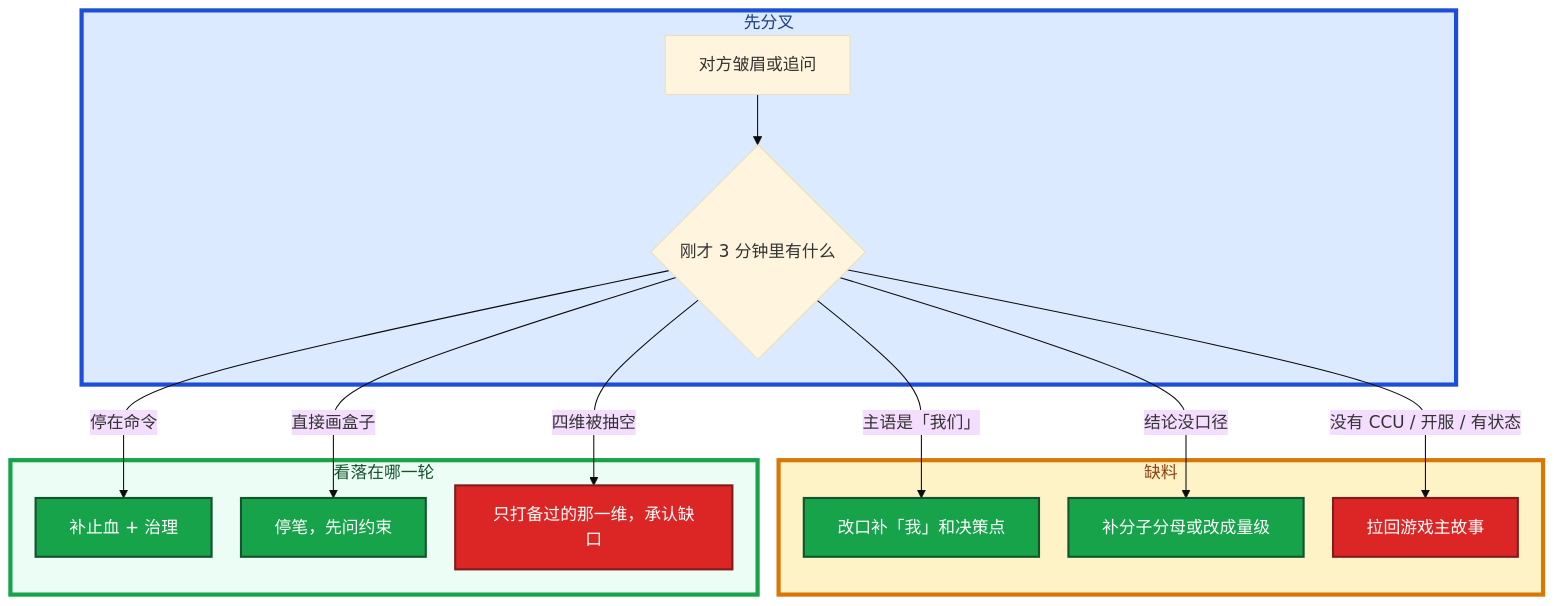
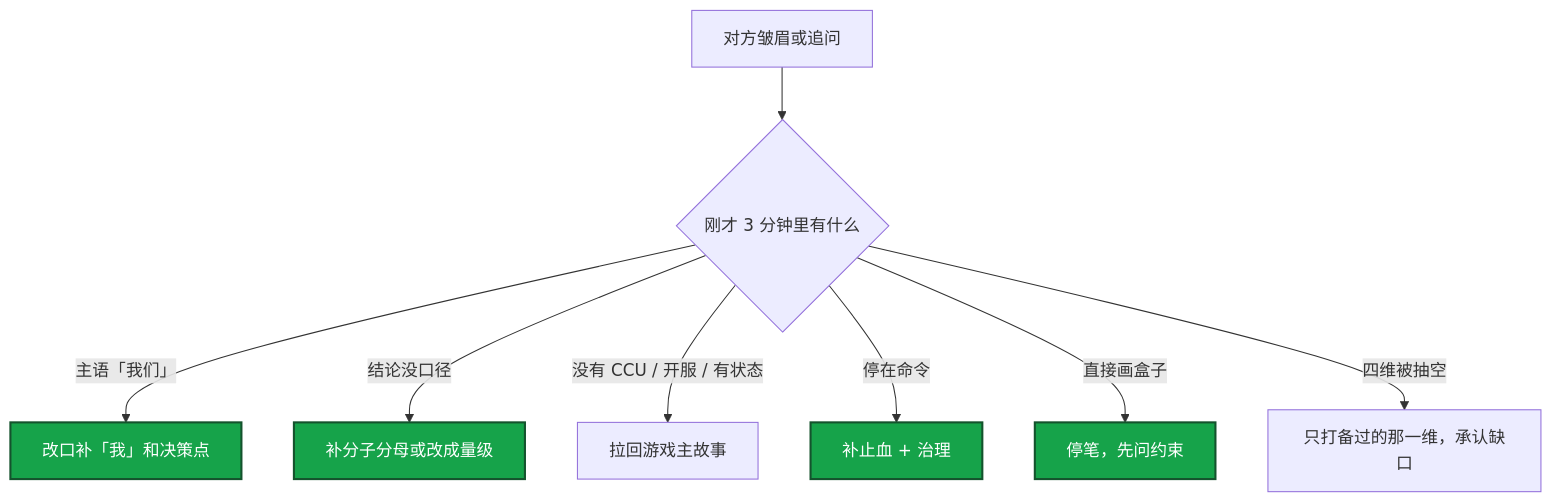
Before and after one commit to ml-cuizijun/LearnToLilith: the fifth of 5 diagrams in 01-职业发展/01-能力模型/知识点.md, drawn with Mermaid. The commit also changed other lines of this file and 213 other files, not shown here.

````diff
--- a/01-职业发展/01-能力模型/知识点.md
+++ b/01-职业发展/01-能力模型/知识点.md
@@ -424,28 +340,14 @@
 ```mermaid
-%%{init: {"flowchart": {"padding": 16, "nodeSpacing": 28, "rankSpacing": 48}, "theme": "base"}}%%
 flowchart TB
-    subgraph gate ["先分叉"]
-        A[对方皱眉或追问] --> B{刚才 3 分钟里有什么}
-    end
-
-    subgraph miss ["缺料"]
-        B -->|主语是「我们」| C[改口补「我」和决策点]
-        B -->|结论没口径| D[补分子分母或改成量级]
-        B -->|没有 CCU / 开服 / 有状态| E[拉回游戏主故事]
-    end
-
-    subgraph round ["看落在哪一轮"]
-        B -->|停在命令| F[补止血 + 治理]
-        B -->|直接画盒子| G[停笔，先问约束]
-        B -->|四维被抽空| H[只打备过的那一维，承认缺口]
-    end
+    A[对方皱眉或追问] --> B{刚才 3 分钟里有什么}
+    B -->|主语「我们」| C[改口补「我」和决策点]
+    B -->|结论没口径| D[补分子分母或改成量级]
+    B -->|没有 CCU / 开服 / 有状态| E[拉回游戏主故事]
+    B -->|停在命令| F[补止血 + 治理]
+    B -->|直接画盒子| G[停笔，先问约束]
+    B -->|四维被抽空| H[只打备过的那一维，承认缺口]
 
     classDef ok fill:#16A34A,stroke:#14532D,stroke-width:2px,color:#fff
-    classDef bad fill:#DC2626,stroke:#7F1D1D,stroke-width:2px,color:#fff
     class C,D,F,G ok
     class E,H bad
-
-    style gate fill:#DBEAFE,stroke:#1D4ED8,stroke-width:4px,color:#1E3A8A
-    style miss fill:#FEF3C7,stroke:#D97706,stroke-width:4px,color:#92400E
-    style round fill:#ECFDF5,stroke:#16A34A,stroke-width:4px,color:#14532D
 ```
````
